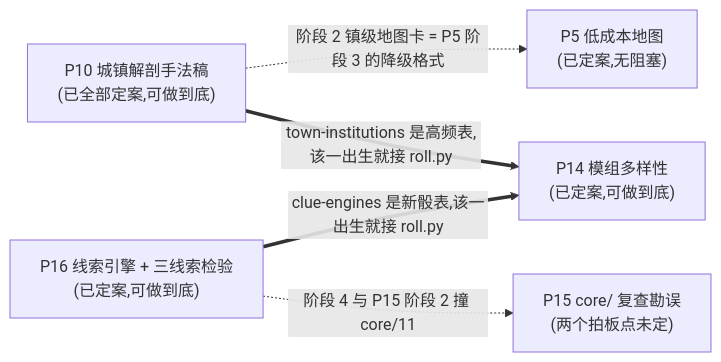
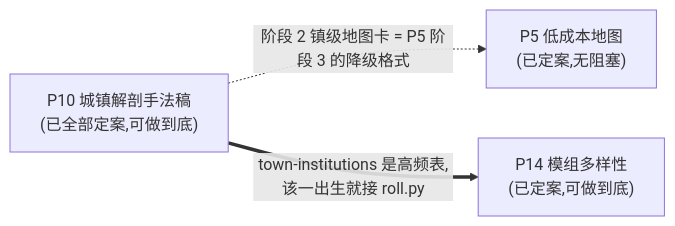
One commit to Mzihong/coc-keeper-kit changed the diagram in update_plan/README.md. Above: the diagram before and after it, drawn with Mermaid. The commit also changed other lines of this file and 38 other files, not shown here.

````diff
--- a/update_plan/README.md
+++ b/update_plan/README.md
@@ -28,13 +26,9 @@
 ```mermaid
 graph LR
     P5["P5 低成本地图<br/>(已定案,无阻塞)"]
     P10["P10 城镇解剖手法稿<br/>(已全部定案,可做到底)"]
     P14["P14 模组多样性<br/>(已定案,可做到底)"]
-    P15["P15 core/ 复查勘误<br/>(两个拍板点未定)"]
-    P16["P16 线索引擎 + 三线索检验<br/>(已定案,可做到底)"]
 
     P10 -. 阶段 2 镇级地图卡 = P5 阶段 3 的降级格式 .-> P5
     P10 == town-institutions 是高频表,该一出生就接 roll.py ==> P14
-    P16 == clue-engines 是新骰表,该一出生就接 roll.py ==> P14
-    P16 -. 阶段 4 与 P15 阶段 2 撞 core/11 .-> P15
 ```
````
